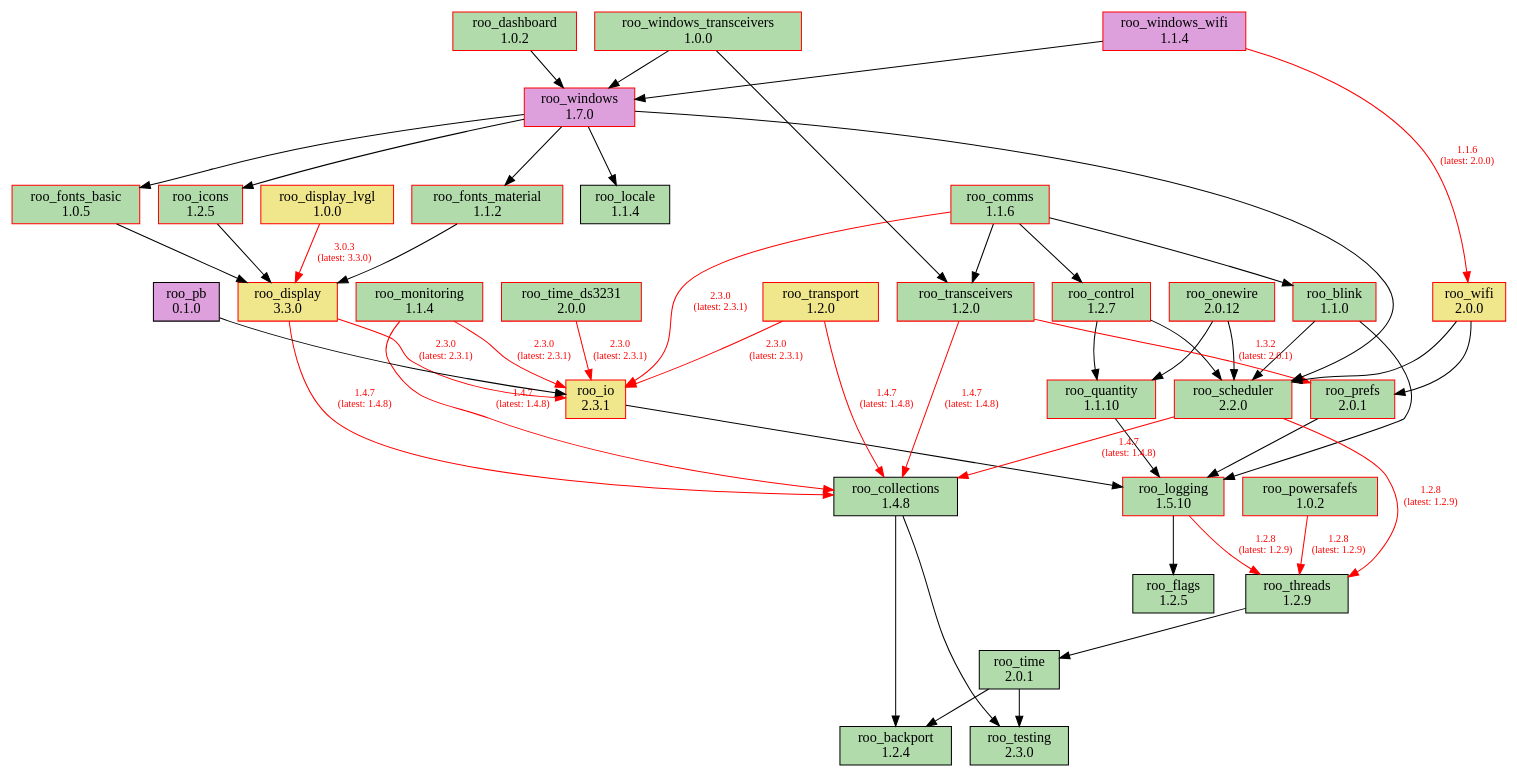
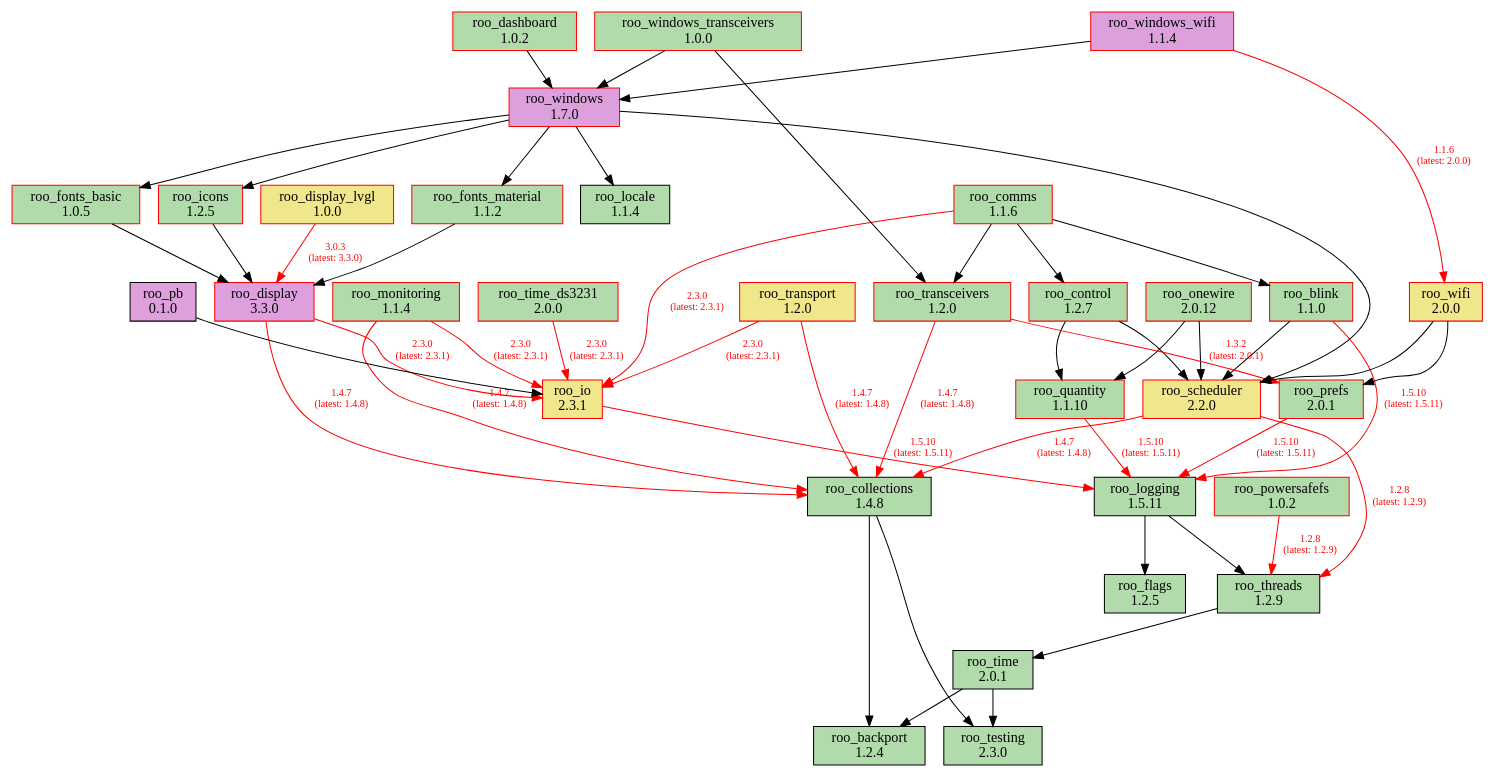
Before and after one commit to dejwk/roo-registry: the diagram in doc/dependencies.dot, drawn with Graphviz. The commit also changed 3 other files, not shown here.

Commit message:
Added roo_logging 1.5.11 to the registry.

```diff
--- a/doc/dependencies.dot
+++ b/doc/dependencies.dot
@@ -1,90 +1,90 @@
 digraph dependencies {
     rankdir=TB;
     node [shape=box, style=filled];
     edge [fontsize=10];
 
     // Modules
     "roo_backport" [label="roo_backport\n1.2.4", fillcolor="#b1dbab", color="black"];
     "roo_blink" [label="roo_blink\n1.1.0", fillcolor="#b1dbab", color="red"];
     "roo_collections" [label="roo_collections\n1.4.8", fillcolor="#b1dbab", color="black"];
     "roo_comms" [label="roo_comms\n1.1.6", fillcolor="#b1dbab", color="red"];
     "roo_control" [label="roo_control\n1.2.7", fillcolor="#b1dbab", color="red"];
     "roo_dashboard" [label="roo_dashboard\n1.0.2", fillcolor="#b1dbab", color="red"];
-    "roo_display" [label="roo_display\n3.3.0", fillcolor="khaki", color="red"];
+    "roo_display" [label="roo_display\n3.3.0", fillcolor="plum", color="red"];
     "roo_display_lvgl" [label="roo_display_lvgl\n1.0.0", fillcolor="khaki", color="red"];
     "roo_flags" [label="roo_flags\n1.2.5", fillcolor="#b1dbab", color="black"];
     "roo_fonts_basic" [label="roo_fonts_basic\n1.0.5", fillcolor="#b1dbab", color="red"];
     "roo_fonts_material" [label="roo_fonts_material\n1.1.2", fillcolor="#b1dbab", color="red"];
     "roo_icons" [label="roo_icons\n1.2.5", fillcolor="#b1dbab", color="red"];
     "roo_io" [label="roo_io\n2.3.1", fillcolor="khaki", color="red"];
     "roo_locale" [label="roo_locale\n1.1.4", fillcolor="#b1dbab", color="black"];
-    "roo_logging" [label="roo_logging\n1.5.10", fillcolor="#b1dbab", color="red"];
+    "roo_logging" [label="roo_logging\n1.5.11", fillcolor="#b1dbab", color="black"];
     "roo_monitoring" [label="roo_monitoring\n1.1.4", fillcolor="#b1dbab", color="red"];
     "roo_onewire" [label="roo_onewire\n2.0.12", fillcolor="#b1dbab", color="red"];
     "roo_pb" [label="roo_pb\n0.1.0", fillcolor="plum", color="black"];
     "roo_powersafefs" [label="roo_powersafefs\n1.0.2", fillcolor="#b1dbab", color="red"];
     "roo_prefs" [label="roo_prefs\n2.0.1", fillcolor="#b1dbab", color="red"];
     "roo_quantity" [label="roo_quantity\n1.1.10", fillcolor="#b1dbab", color="red"];
-    "roo_scheduler" [label="roo_scheduler\n2.2.0", fillcolor="#b1dbab", color="red"];
+    "roo_scheduler" [label="roo_scheduler\n2.2.0", fillcolor="khaki", color="red"];
     "roo_testing" [label="roo_testing\n2.3.0", fillcolor="#b1dbab", color="black"];
     "roo_threads" [label="roo_threads\n1.2.9", fillcolor="#b1dbab", color="black"];
     "roo_time" [label="roo_time\n2.0.1", fillcolor="#b1dbab", color="black"];
     "roo_time_ds3231" [label="roo_time_ds3231\n2.0.0", fillcolor="#b1dbab", color="red"];
     "roo_transceivers" [label="roo_transceivers\n1.2.0", fillcolor="#b1dbab", color="red"];
     "roo_transport" [label="roo_transport\n1.2.0", fillcolor="khaki", color="red"];
     "roo_wifi" [label="roo_wifi\n2.0.0", fillcolor="khaki", color="red"];
     "roo_windows" [label="roo_windows\n1.7.0", fillcolor="plum", color="red"];
     "roo_windows_transceivers" [label="roo_windows_transceivers\n1.0.0", fillcolor="#b1dbab", color="red"];
     "roo_windows_wifi" [label="roo_windows_wifi\n1.1.4", fillcolor="plum", color="red"];
 
     // Dependencies
-    "roo_blink" -> "roo_logging";
+    "roo_blink" -> "roo_logging" [color=red, fontcolor=red, label="1.5.10\n(latest: 1.5.11)"];
     "roo_blink" -> "roo_scheduler";
     "roo_collections" -> "roo_testing";
     "roo_collections" -> "roo_backport";
     "roo_comms" -> "roo_blink";
     "roo_comms" -> "roo_control";
     "roo_comms" -> "roo_io" [color=red, fontcolor=red, label="2.3.0\n(latest: 2.3.1)"];
     "roo_comms" -> "roo_transceivers";
     "roo_control" -> "roo_quantity";
     "roo_control" -> "roo_scheduler";
     "roo_dashboard" -> "roo_windows";
     "roo_display" -> "roo_collections" [color=red, fontcolor=red, label="1.4.7\n(latest: 1.4.8)"];
     "roo_display" -> "roo_io" [color=red, fontcolor=red, label="2.3.0\n(latest: 2.3.1)"];
     "roo_display_lvgl" -> "roo_display" [color=red, fontcolor=red, label="3.0.3\n(latest: 3.3.0)"];
     "roo_fonts_basic" -> "roo_display";
     "roo_fonts_material" -> "roo_display";
     "roo_icons" -> "roo_display";
-    "roo_io" -> "roo_logging";
+    "roo_io" -> "roo_logging" [color=red, fontcolor=red, label="1.5.10\n(latest: 1.5.11)"];
     "roo_logging" -> "roo_flags";
-    "roo_logging" -> "roo_threads" [color=red, fontcolor=red, label="1.2.8\n(latest: 1.2.9)"];
+    "roo_logging" -> "roo_threads";
     "roo_monitoring" -> "roo_collections" [color=red, fontcolor=red, label="1.4.7\n(latest: 1.4.8)"];
     "roo_monitoring" -> "roo_io" [color=red, fontcolor=red, label="2.3.0\n(latest: 2.3.1)"];
     "roo_onewire" -> "roo_scheduler";
     "roo_onewire" -> "roo_quantity";
     "roo_pb" -> "roo_io";
     "roo_powersafefs" -> "roo_threads" [color=red, fontcolor=red, label="1.2.8\n(latest: 1.2.9)"];
-    "roo_prefs" -> "roo_logging";
-    "roo_quantity" -> "roo_logging";
+    "roo_prefs" -> "roo_logging" [color=red, fontcolor=red, label="1.5.10\n(latest: 1.5.11)"];
+    "roo_quantity" -> "roo_logging" [color=red, fontcolor=red, label="1.5.10\n(latest: 1.5.11)"];
     "roo_scheduler" -> "roo_collections" [color=red, fontcolor=red, label="1.4.7\n(latest: 1.4.8)"];
     "roo_scheduler" -> "roo_threads" [color=red, fontcolor=red, label="1.2.8\n(latest: 1.2.9)"];
     "roo_threads" -> "roo_time";
     "roo_time" -> "roo_testing";
     "roo_time" -> "roo_backport";
     "roo_time_ds3231" -> "roo_io" [color=red, fontcolor=red, label="2.3.0\n(latest: 2.3.1)"];
     "roo_transceivers" -> "roo_collections" [color=red, fontcolor=red, label="1.4.7\n(latest: 1.4.8)"];
     "roo_transceivers" -> "roo_prefs" [color=red, fontcolor=red, label="1.3.2\n(latest: 2.0.1)"];
     "roo_transport" -> "roo_collections" [color=red, fontcolor=red, label="1.4.7\n(latest: 1.4.8)"];
     "roo_transport" -> "roo_io" [color=red, fontcolor=red, label="2.3.0\n(latest: 2.3.1)"];
     "roo_wifi" -> "roo_prefs";
     "roo_wifi" -> "roo_scheduler";
     "roo_windows" -> "roo_fonts_basic";
     "roo_windows" -> "roo_fonts_material";
     "roo_windows" -> "roo_locale";
     "roo_windows" -> "roo_icons";
     "roo_windows" -> "roo_scheduler";
     "roo_windows_transceivers" -> "roo_transceivers";
     "roo_windows_transceivers" -> "roo_windows";
     "roo_windows_wifi" -> "roo_wifi" [color=red, fontcolor=red, label="1.1.6\n(latest: 2.0.0)"];
     "roo_windows_wifi" -> "roo_windows";
 }
```
